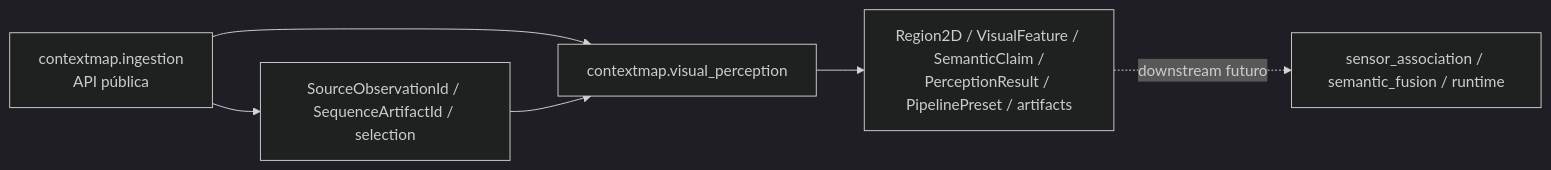
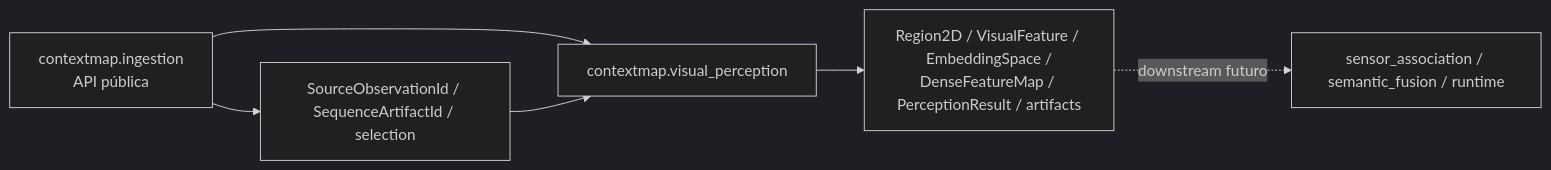
One commit to Alexandre-Tortoza/contextmap2 changed the diagram in docs/module-api.md. Above: the diagram before and after it, drawn with Mermaid (dark theme). The commit also changed other lines of this file, not shown here.

Commit message:
docs(feature-extraction): align public API documentation

````diff
--- a/docs/module-api.md
+++ b/docs/module-api.md
@@ -36,8 +36,8 @@
 ```mermaid
 flowchart LR
     INGROOT["contextmap.ingestion<br/>API pública"] --> VP["contextmap.visual_perception"]
     INGROOT --> OBS["SourceObservationId / SequenceArtifactId / selection"]
     OBS --> VP
-    VP --> PUB["Region2D / VisualFeature / SemanticClaim /<br/>PerceptionResult / PipelinePreset / artifacts"]
+    VP --> PUB["Region2D / VisualFeature / EmbeddingSpace /<br/>DenseFeatureMap / PerceptionResult / artifacts"]
     PUB -. downstream futuro .-> NEXT["sensor_association / semantic_fusion / runtime"]
 ```
````
